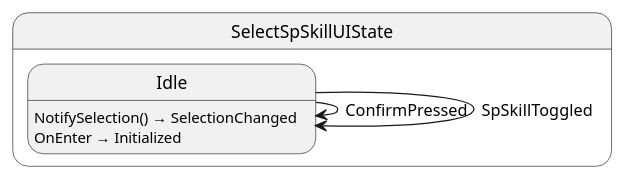
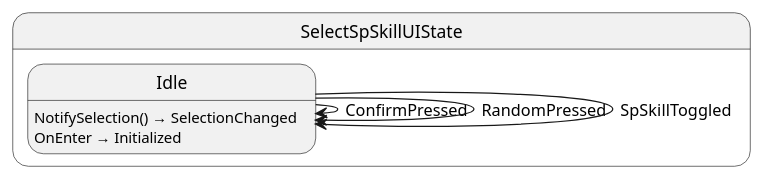
The diagram in src/select_ui/state/SelectSpSkillUILogic.g.puml (Ygoat/EternalJourney), drawn with PlantUML before and after one commit. The commit also changed 63 other files, not shown here.

```diff
--- a/src/select_ui/state/SelectSpSkillUILogic.g.puml
+++ b/src/select_ui/state/SelectSpSkillUILogic.g.puml
@@ -1,11 +1,12 @@
 @startuml SelectSpSkillUIState
 state "SelectSpSkillUIState" as EternalJourney_SelectUI_State_SelectSpSkillUIState {
   state "Idle" as EternalJourney_SelectUI_State_SelectSpSkillUIState_Idle
 }
 
 EternalJourney_SelectUI_State_SelectSpSkillUIState_Idle --> EternalJourney_SelectUI_State_SelectSpSkillUIState_Idle : ConfirmPressed
+EternalJourney_SelectUI_State_SelectSpSkillUIState_Idle --> EternalJourney_SelectUI_State_SelectSpSkillUIState_Idle : RandomPressed
 EternalJourney_SelectUI_State_SelectSpSkillUIState_Idle --> EternalJourney_SelectUI_State_SelectSpSkillUIState_Idle : SpSkillToggled
 
 EternalJourney_SelectUI_State_SelectSpSkillUIState_Idle : NotifySelection() → SelectionChanged
 EternalJourney_SelectUI_State_SelectSpSkillUIState_Idle : OnEnter → Initialized
 @enduml
```
